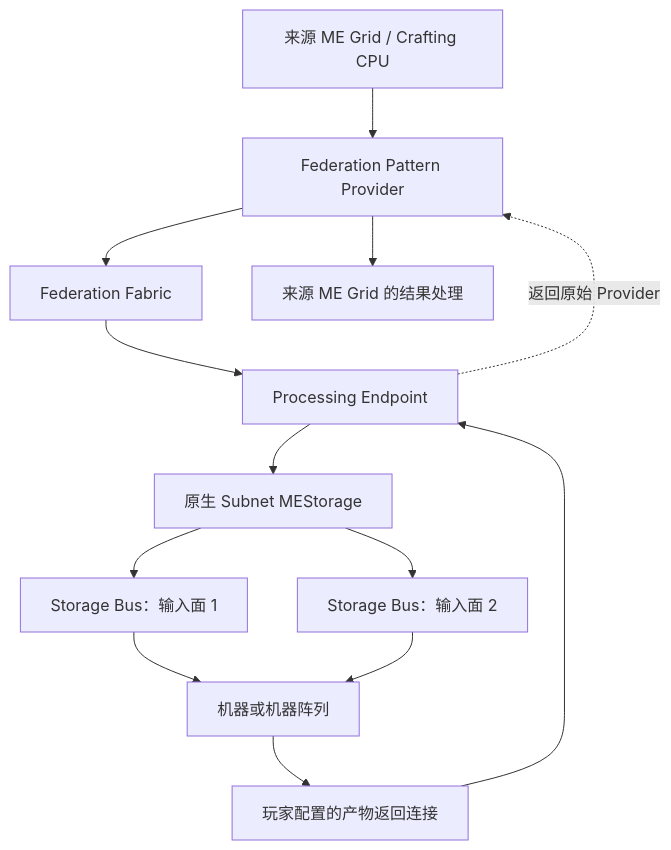
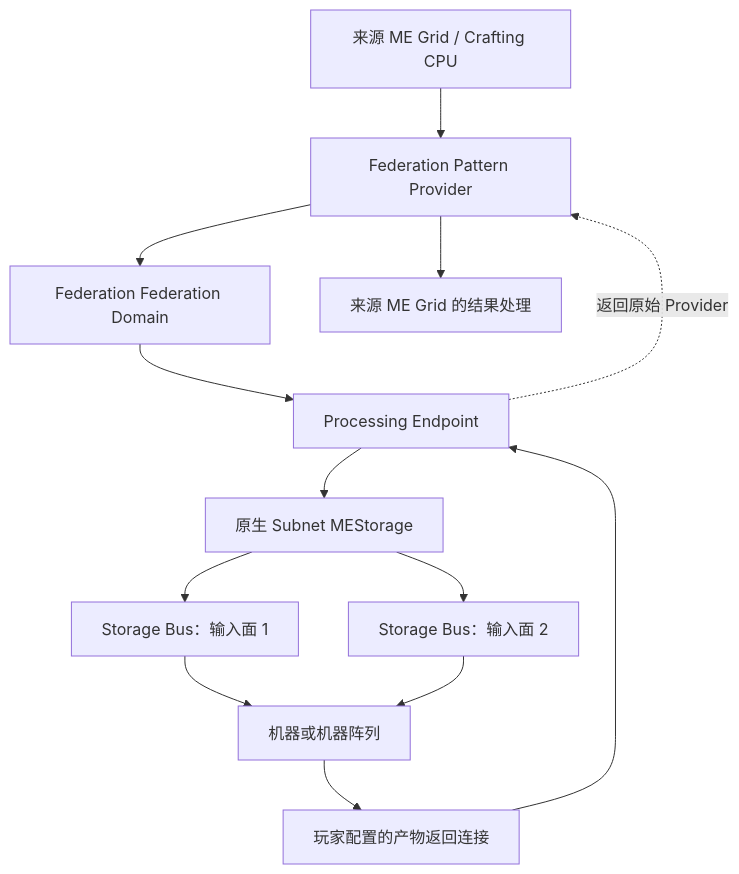
One commit to ControlNet/ae2-federation changed the second of 2 diagrams in DESIGN.md. Above: the diagram before and after it, drawn with Mermaid. The commit also changed other lines of this file and 342 other files, not shown here.

````diff
--- a/DESIGN.md
+++ b/DESIGN.md
@@ -547,15 +559,15 @@
 ```mermaid
 flowchart TD
     CPU["来源 ME Grid / Crafting CPU"] --> PP["Federation Pattern Provider"]
-    PP --> F["Federation Fabric"]
+    PP --> F["Federation Federation Domain"]
     F --> E["Processing Endpoint"]
     E --> S["原生 Subnet MEStorage"]
     S --> B1["Storage Bus：输入面 1"]
     S --> B2["Storage Bus：输入面 2"]
     B1 --> M["机器或机器阵列"]
     B2 --> M
     M --> R["玩家配置的产物返回连接"]
     R --> E
     E -. "返回原始 Provider" .-> PP
     PP --> G["来源 ME Grid 的结果处理"]
 ```
````
